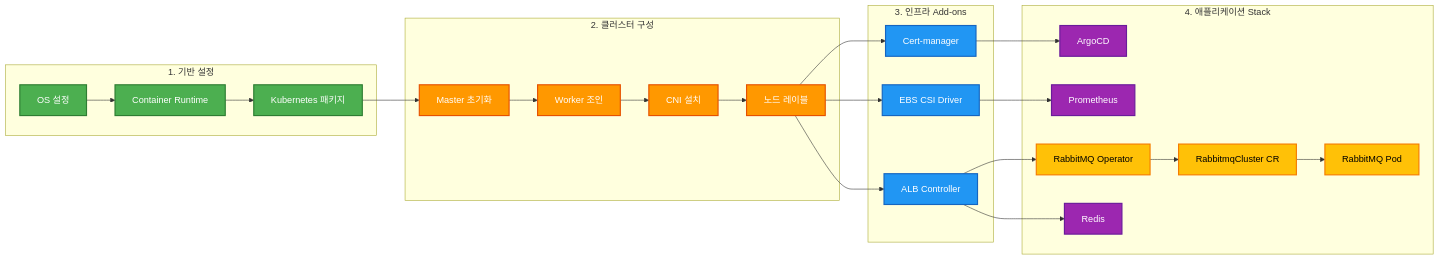
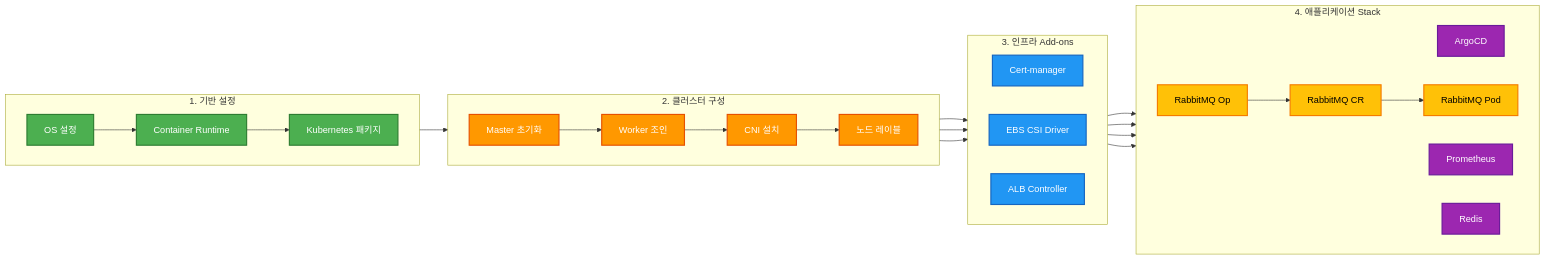
One commit to eco2-team/backend changed the fourth of 8 diagrams in INFRASTRUCTURE_DEPLOYMENT_DIAGRAM.md. Above: the diagram before and after it, drawn with Mermaid.

Commit message:
refactor: Make Phase 3 subgraphs horizontal to reduce vertical length
Changes:
- Each subgraph explicitly uses direction LR
- Subgraph 3 uses parallel operators (&) for Add-ons
- Subgraph 4 uses parallel operators for most apps, with sequential flow for RabbitMQ (Op → CR → Pod)
- Reduced vertical space while maintaining subgraph structure
- Better suited for report insertion

````diff
--- a/INFRASTRUCTURE_DEPLOYMENT_DIAGRAM.md
+++ b/INFRASTRUCTURE_DEPLOYMENT_DIAGRAM.md
@@ -116,46 +116,49 @@
 ```mermaid
 graph LR
-    subgraph "1. 기반 설정"
-        A[OS 설정] --> B[Container Runtime]
-        B --> C[Kubernetes 패키지]
+    subgraph SG1 ["1. 기반 설정"]
+        direction LR
+        A[OS 설정] --> B[Container Runtime] --> C[Kubernetes 패키지]
     end
     
-    subgraph "2. 클러스터 구성"
-        C --> D[Master 초기화]
-        D --> E[Worker 조인]
-        E --> F[CNI 설치]
-        F --> G[노드 레이블]
+    subgraph SG2 ["2. 클러스터 구성"]
+        direction LR
+        D[Master 초기화] --> E[Worker 조인] --> F[CNI 설치] --> G[노드 레이블]
     end
     
-    subgraph "3. 인프라 Add-ons"
-        G --> H1[Cert-manager]
-        G --> H2[EBS CSI Driver]
-        G --> H3[ALB Controller]
+    subgraph SG3 ["3. 인프라 Add-ons"]
+        direction LR
+        H1[Cert-manager] & H2[EBS CSI Driver] & H3[ALB Controller]
     end
     
-    subgraph "4. 애플리케이션 Stack"
-        H1 --> I[ArgoCD]
-        H2 --> J[Prometheus]
-        H3 --> K1[RabbitMQ Operator]
-        K1 --> K2[RabbitmqCluster CR]
-        K2 --> K3[RabbitMQ Pod]
-        H3 --> L[Redis]
+    subgraph SG4 ["4. 애플리케이션 Stack"]
+        direction LR
+        I[ArgoCD] & J[Prometheus] & K1[RabbitMQ Op] & K2[RabbitMQ CR] & K3[RabbitMQ Pod] & L[Redis]
+        K1 --> K2 --> K3
     end
+    
+    C --> D
+    G --> H1
+    G --> H2
+    G --> H3
+    H1 --> I
+    H2 --> J
+    H3 --> K1
+    H3 --> L
     
     style A fill:#4CAF50,stroke:#2E7D32,stroke-width:2px,color:#ffffff
     style B fill:#4CAF50,stroke:#2E7D32,stroke-width:2px,color:#ffffff
     style C fill:#4CAF50,stroke:#2E7D32,stroke-width:2px,color:#ffffff
     style D fill:#FF9800,stroke:#E65100,stroke-width:2px,color:#ffffff
     style E fill:#FF9800,stroke:#E65100,stroke-width:2px,color:#ffffff
     style F fill:#FF9800,stroke:#E65100,stroke-width:2px,color:#ffffff
     style G fill:#FF9800,stroke:#E65100,stroke-width:2px,color:#ffffff
     style H1 fill:#2196F3,stroke:#1565C0,stroke-width:2px,color:#ffffff
     style H2 fill:#2196F3,stroke:#1565C0,stroke-width:2px,color:#ffffff
     style H3 fill:#2196F3,stroke:#1565C0,stroke-width:2px,color:#ffffff
     style I fill:#9C27B0,stroke:#6A1B9A,stroke-width:2px,color:#ffffff
     style J fill:#9C27B0,stroke:#6A1B9A,stroke-width:2px,color:#ffffff
     style K1 fill:#FFC107,stroke:#F57C00,stroke-width:2px,color:#000000
     style K2 fill:#FFC107,stroke:#F57C00,stroke-width:2px,color:#000000
     style K3 fill:#FFC107,stroke:#F57C00,stroke-width:2px,color:#000000
     style L fill:#9C27B0,stroke:#6A1B9A,stroke-width:2px,color:#ffffff
 ```
````
